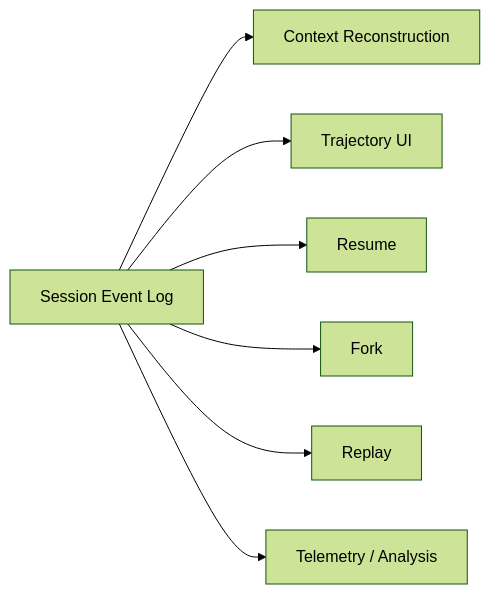
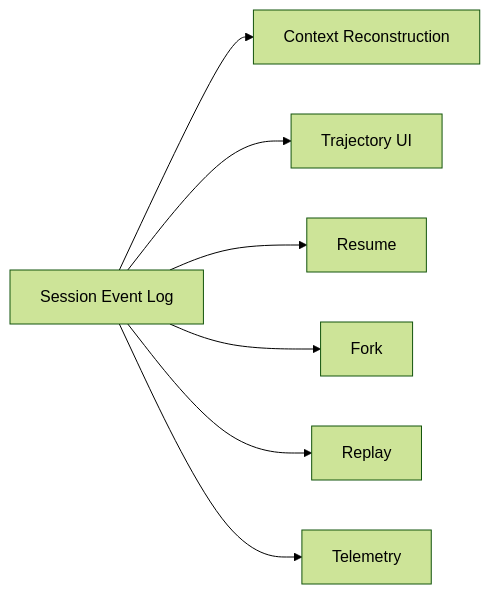
One commit to indigofeather/harness-book changed the second of 5 diagrams in docs/deepseek/session-and-events.md. Above: the diagram before and after it, drawn with Mermaid (forest theme). The commit also changed other lines of this file and 48 other files, not shown here.

````diff
--- a/docs/deepseek/session-and-events.md
+++ b/docs/deepseek/session-and-events.md
@@ -58,10 +44,10 @@
 ```mermaid
 flowchart LR
   LOG[Session Event Log]
   LOG --> CTX[Context Reconstruction]
   LOG --> UI[Trajectory UI]
   LOG --> RES[Resume]
   LOG --> F[Fork]
   LOG --> RP[Replay]
-  LOG --> OBS[Telemetry / Analysis]
+  LOG --> OBS[Telemetry]
 ```
````
